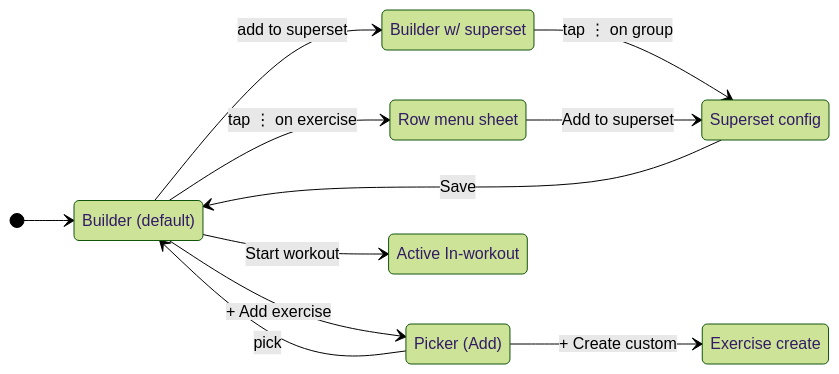
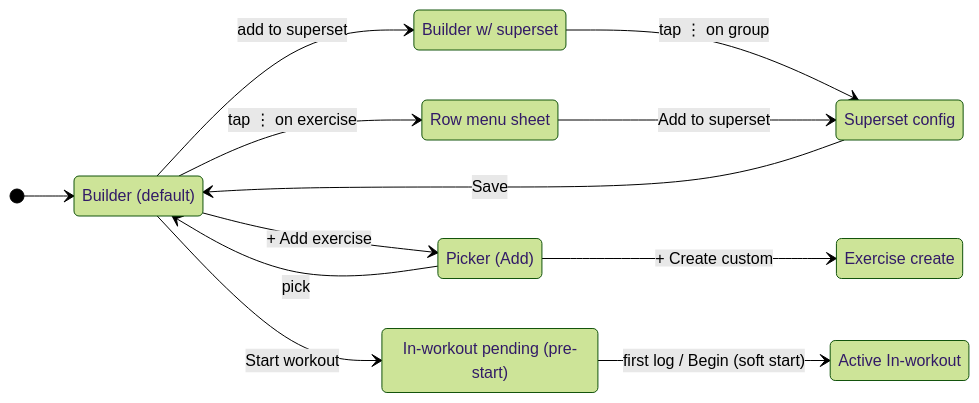
The third of 6 diagrams in docs/wireframes/flow.md (MaxKibets/kachka), drawn with Mermaid (forest theme) before and after one commit. The commit also changed other lines of this file and 9 other files, not shown here.

````diff
--- a/docs/wireframes/flow.md
+++ b/docs/wireframes/flow.md
@@ -126,22 +128,24 @@
 ```mermaid
 stateDiagram-v2
     direction LR
     [*] --> Builder
     Builder --> BuilderSS: add to superset
     BuilderSS --> SupersetConfig: tap ⋮ on group
     Builder --> RowMenu: tap ⋮ on exercise
     RowMenu --> SupersetConfig: Add to superset
     Builder --> PickerAdd: + Add exercise
     PickerAdd --> Builder: pick
     PickerAdd --> ExerciseCreate: + Create custom
     SupersetConfig --> Builder: Save
-    Builder --> ActiveWorkout: Start workout
+    Builder --> ActiveWorkoutPending: Start workout
+    ActiveWorkoutPending --> ActiveWorkout: first log / Begin (soft start)
 
     state "Builder (default)" as Builder
     state "Builder w/ superset" as BuilderSS
     state "Row menu sheet" as RowMenu
     state "Picker (Add)" as PickerAdd
     state "Superset config" as SupersetConfig
     state "Exercise create" as ExerciseCreate
     state "Active In-workout" as ActiveWorkout
+    state "In-workout pending (pre-start)" as ActiveWorkoutPending
 ```
````
